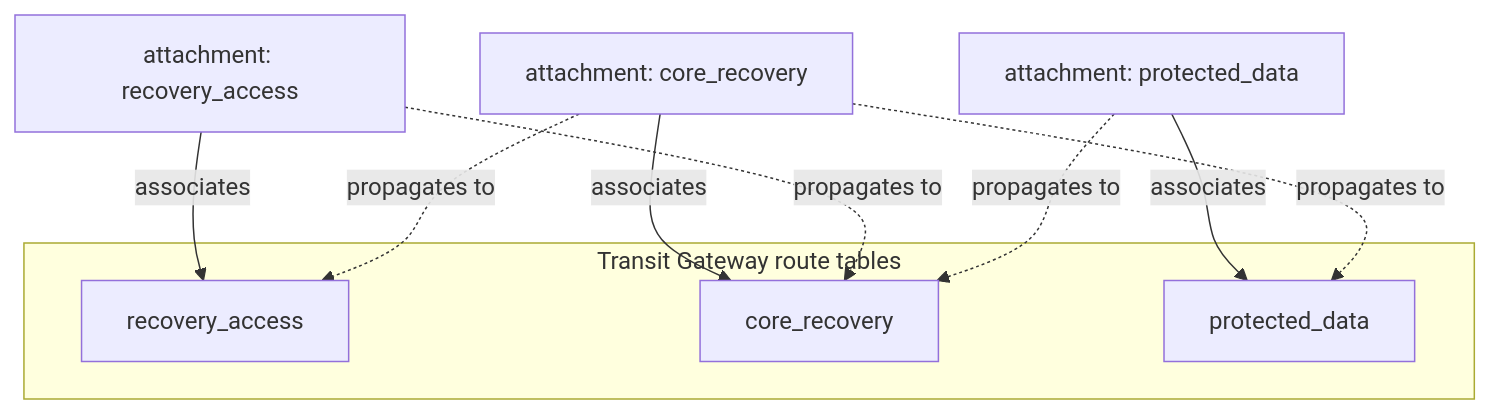
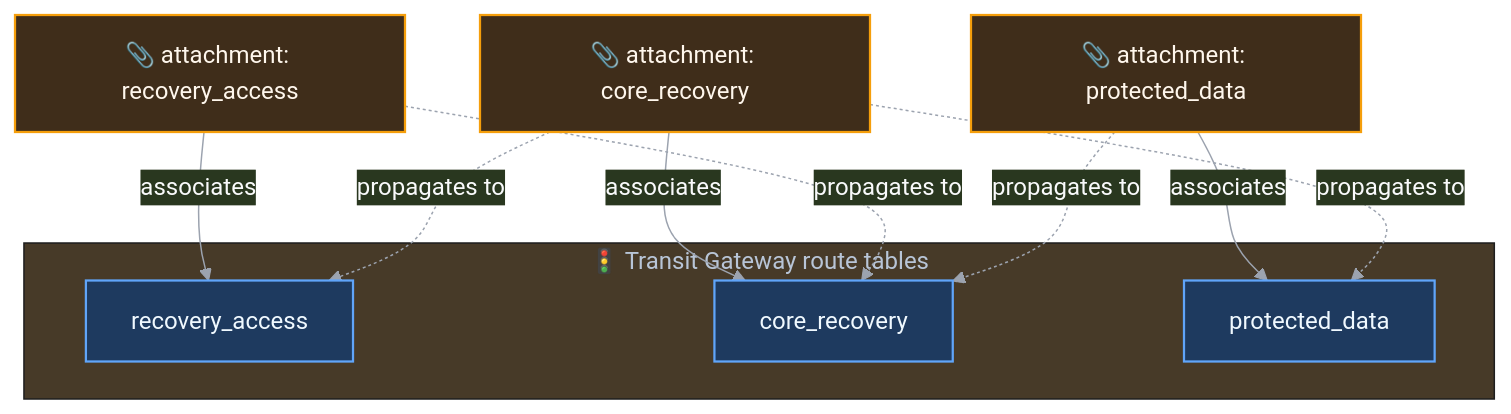
Before and after one commit to CloudDevops2789/terraform_modules: the third of 7 diagrams in README.md, drawn with Mermaid. The commit also changed other lines of this file and 3 other files, not shown here.

````diff
--- a/README.md
+++ b/README.md
@@ -126,21 +161,27 @@
 ```mermaid
+%%{init: {'theme':'base', 'themeVariables': {'primaryColor':'#1f2937','primaryTextColor':'#f9fafb','primaryBorderColor':'#4b5563','lineColor':'#9ca3af'}}}%%
 flowchart TB
-    subgraph RTs["Transit Gateway route tables"]
+    subgraph RTs["🚦 Transit Gateway route tables"]
         RT_RA["recovery_access"]
         RT_CR["core_recovery"]
         RT_PD["protected_data"]
     end
 
-    A_RA["attachment: recovery_access"]
-    A_CR["attachment: core_recovery"]
-    A_PD["attachment: protected_data"]
+    A_RA["📎 attachment: recovery_access"]
+    A_CR["📎 attachment: core_recovery"]
+    A_PD["📎 attachment: protected_data"]
 
     A_RA -->|associates| RT_RA
     A_CR -->|associates| RT_CR
     A_PD -->|associates| RT_PD
 
     A_RA -.->|propagates to| RT_CR
     A_CR -.->|propagates to| RT_RA
     A_CR -.->|propagates to| RT_PD
     A_PD -.->|propagates to| RT_CR
+
+    classDef rt fill:#1e3a5f,stroke:#60a5fa,color:#f0f9ff,stroke-width:1.5px;
+    classDef att fill:#3f2d1a,stroke:#f59e0b,color:#fff7ed,stroke-width:1.5px;
+    class RT_RA,RT_CR,RT_PD rt;
+    class A_RA,A_CR,A_PD att;
 ```
````
